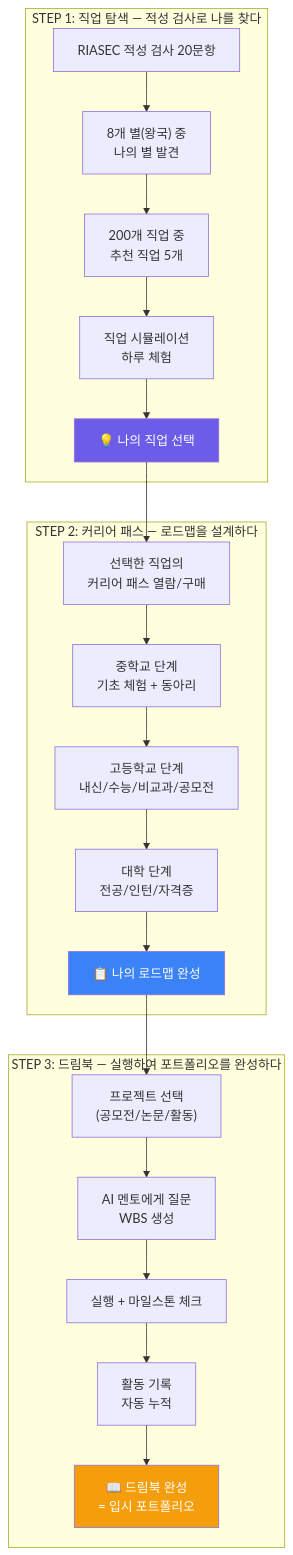
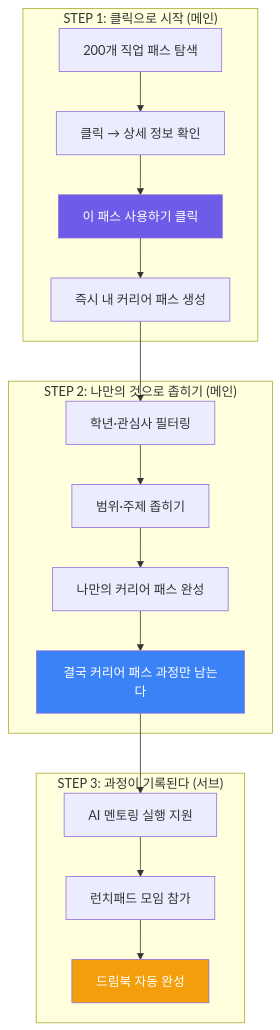
One commit to Collegenie-X/AI-career-path changed the fourth of 7 diagrams in INVESTMENT_PROPOSAL.md. Above: the diagram before and after it, drawn with Mermaid. The commit also changed other lines of this file and 9 other files, not shown here.

````diff
--- a/INVESTMENT_PROPOSAL.md
+++ b/INVESTMENT_PROPOSAL.md
@@ -375,29 +349,25 @@
 ```mermaid
 graph TD
-    subgraph "STEP 1: 직업 탐색 — 적성 검사로 나를 찾다"
-        S1A["RIASEC 적성 검사 20문항"] --> S1B["8개 별(왕국) 중<br/>나의 별 발견"]
-        S1B --> S1C["200개 직업 중<br/>추천 직업 5개"]
-        S1C --> S1D["직업 시뮬레이션<br/>하루 체험"]
-        S1D --> S1E["💡 나의 직업 선택"]
+    subgraph "STEP 1: 클릭으로 시작 (메인)"
+        S1A["200개 직업 패스 탐색"] --> S1B["클릭 → 상세 정보 확인"]
+        S1B --> S1C["이 패스 사용하기 클릭"]
+        S1C --> S1D["즉시 내 커리어 패스 생성"]
     end
 
-    subgraph "STEP 2: 커리어 패스 — 로드맵을 설계하다"
-        S1E --> S2A["선택한 직업의<br/>커리어 패스 열람/구매"]
-        S2A --> S2B["중학교 단계<br/>기초 체험 + 동아리"]
-        S2B --> S2C["고등학교 단계<br/>내신/수능/비교과/공모전"]
-        S2C --> S2D["대학 단계<br/>전공/인턴/자격증"]
-        S2D --> S2E["📋 나의 로드맵 완성"]
+    subgraph "STEP 2: 나만의 것으로 좁히기 (메인)"
+        S1D --> S2A["학년·관심사 필터링"]
+        S2A --> S2B["범위·주제 좁히기"]
+        S2B --> S2C["나만의 커리어 패스 완성"]
+        S2C --> S2D["결국 커리어 패스 과정만 남는다"]
     end
 
-    subgraph "STEP 3: 드림북 — 실행하여 포트폴리오를 완성하다"
-        S2E --> S3A["프로젝트 선택<br/>(공모전/논문/활동)"]
-        S3A --> S3B["AI 멘토에게 질문<br/>WBS 생성"]
-        S3B --> S3C["실행 + 마일스톤 체크"]
-        S3C --> S3D["활동 기록<br/>자동 누적"]
-        S3D --> S3E["📖 드림북 완성<br/>= 입시 포트폴리오"]
+    subgraph "STEP 3: 과정이 기록된다 (서브)"
+        S2D --> S3A["AI 멘토링 실행 지원"]
+        S3A --> S3B["런치패드 모임 참가"]
+        S3B --> S3C["드림북 자동 완성"]
     end
 
-    style S1E fill:#6C5CE7,color:#fff
-    style S2E fill:#3B82F6,color:#fff
-    style S3E fill:#F59E0B,color:#fff
+    style S1C fill:#6C5CE7,color:#fff
+    style S2D fill:#3B82F6,color:#fff
+    style S3C fill:#F59E0B,color:#fff
 ```
````
